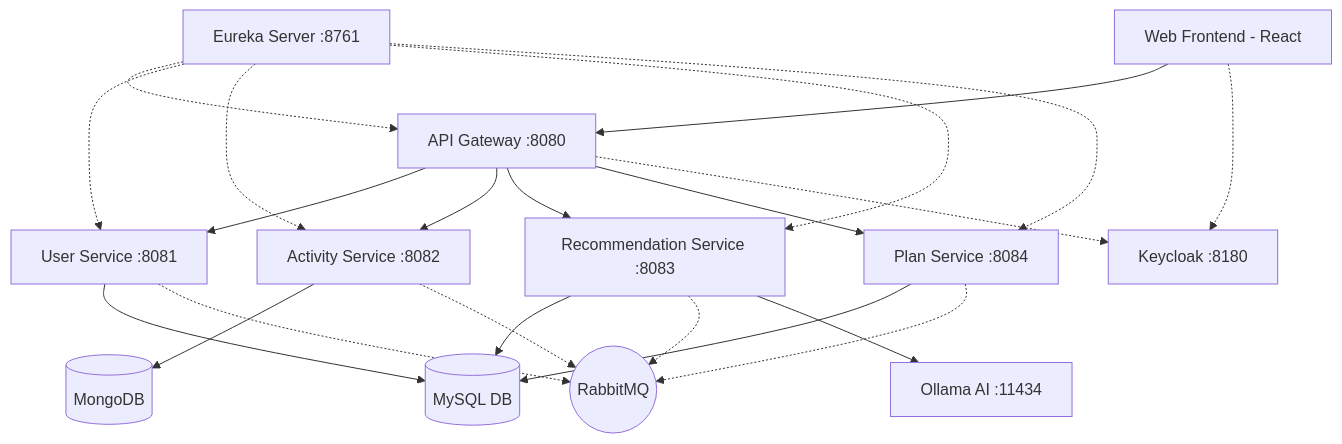
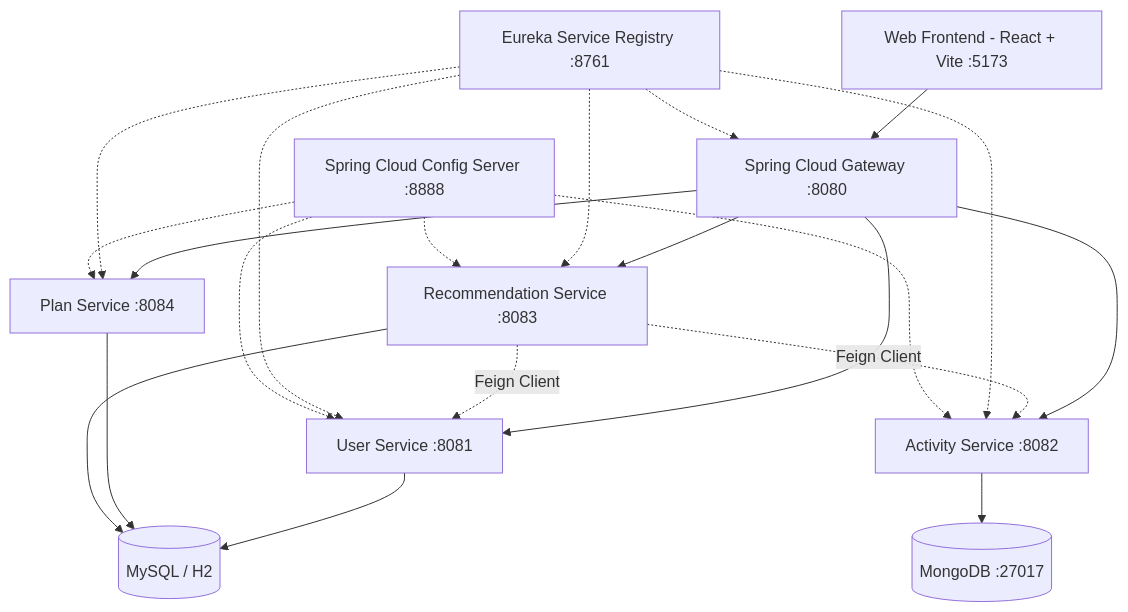
The diagram in README.md (PiyushTekriwal/FitTrack), drawn with Mermaid before and after one commit. The commit also changed other lines of this file and 17 other files, not shown here.

````diff
--- a/README.md
+++ b/README.md
@@ -7,29 +7,28 @@
 ```mermaid
 graph TD
-    Client[Web Frontend - React] --> API_GW[API Gateway :8080]
+    Client[Web Frontend - React + Vite :5173] --> API_GW[Spring Cloud Gateway :8080]
+    
     API_GW --> US[User Service :8081]
     API_GW --> AS[Activity Service :8082]
     API_GW --> RS[Recommendation Service :8083]
     API_GW --> PS[Plan Service :8084]
     
-    Client -.-> Keycloak[Keycloak :8180]
-    API_GW -.-> Keycloak
+    US --> DB1[(MySQL / H2)]
+    PS --> DB1
+    RS --> DB1
+    AS --> MongoDB[(MongoDB :27017)]
     
-    US --> MySQL[(MySQL DB)]
-    PS --> MySQL
-    RS --> MySQL
-    AS --> MongoDB[(MongoDB)]
+    RS -.->|Feign Client| US
+    RS -.->|Feign Client| AS
     
-    US -.-> RMQ((RabbitMQ))
-    AS -.-> RMQ
-    RS -.-> RMQ
-    PS -.-> RMQ
-    
-    RS --> Ollama[Ollama AI :11434]
-    
-    ES[Eureka Server :8761] -.-> API_GW
+    ES[Eureka Service Registry :8761] -.-> API_GW
     ES -.-> US
     ES -.-> AS
     ES -.-> RS
     ES -.-> PS
+    
+    CS[Spring Cloud Config Server :8888] -.-> US
+    CS -.-> AS
+    CS -.-> RS
+    CS -.-> PS
 ```
````
